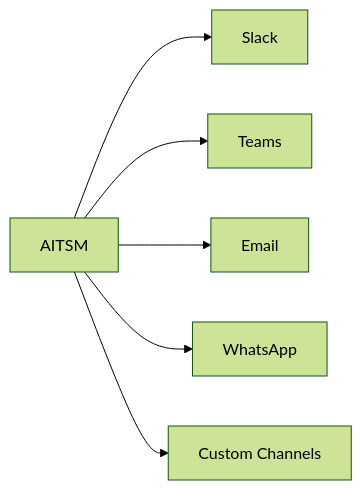
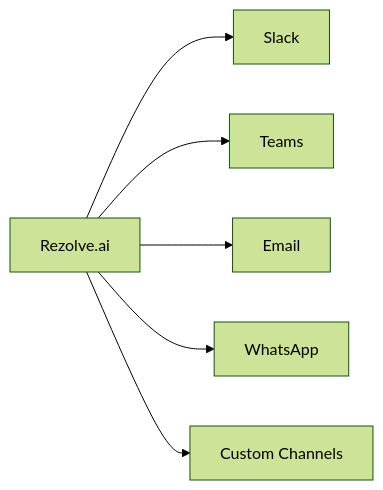
The diagram in docs/core-concepts/integrations.md (ubreddy/rezolve-docs), drawn with Mermaid (forest theme) before and after one commit. The commit also changed other lines of this file and 35 other files, not shown here.

````diff
--- a/docs/core-concepts/integrations.md
+++ b/docs/core-concepts/integrations.md
@@ -18,8 +18,8 @@
 ```mermaid
 graph LR
-    A[AITSM] --> B[Slack]
+    A[Rezolve.ai] --> B[Slack]
     A --> C[Teams]
     A --> D[Email]
     A --> E[WhatsApp]
     A --> F[Custom Channels]
 ```
````
